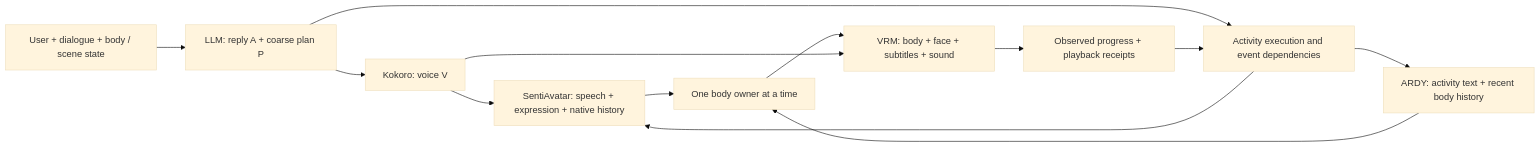
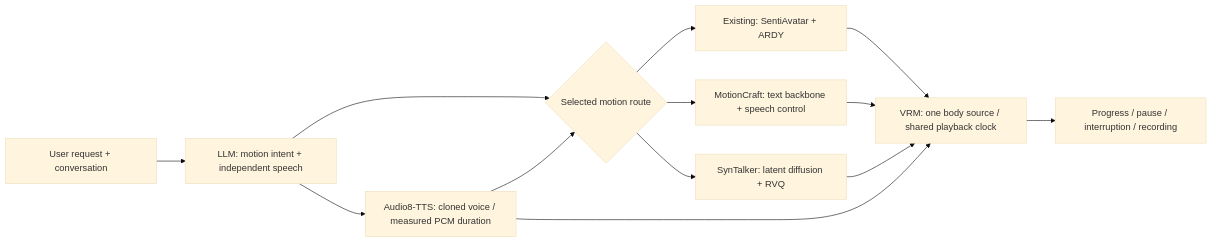
Before and after one commit to Moonweave-AI/virea: the first of 2 diagrams in README.md, drawn with Mermaid (base theme). The commit also changed other lines of this file and 133 other files, not shown here.

First line of the commit message:
feat(character): add independent MotionCraft and SynTalker performances

````diff
--- a/README.md
+++ b/README.md
@@ -72,15 +131,15 @@
 ```mermaid
 flowchart LR
-    U[User + dialogue + body / scene state] --> L[LLM: reply A + coarse plan P]
-    L --> V[Kokoro: voice V]
-    L --> E[Activity execution and event dependencies]
-    V --> S[SentiAvatar: speech + expression + native history]
-    E --> S
-    E --> A[ARDY: activity text + recent body history]
-    S --> B[One body owner at a time]
-    A --> B
-    B --> R[VRM: body + face + subtitles + sound]
+    U[User request + conversation] --> L[LLM: motion intent + independent speech]
+    L --> V[Audio8-TTS: cloned voice / measured PCM duration]
+    L --> E{Selected motion route}
+    V --> E
+    E --> S[Existing: SentiAvatar + ARDY]
+    E --> M[MotionCraft: text backbone + speech control]
+    E --> T[SynTalker: latent diffusion + RVQ]
+    S --> R[VRM: one body source / shared playback clock]
+    M --> R
+    T --> R
     V --> R
-    R --> F[Observed progress + playback receipts]
-    F --> E
+    R --> F[Progress / pause / interruption / recording]
 ```
````
